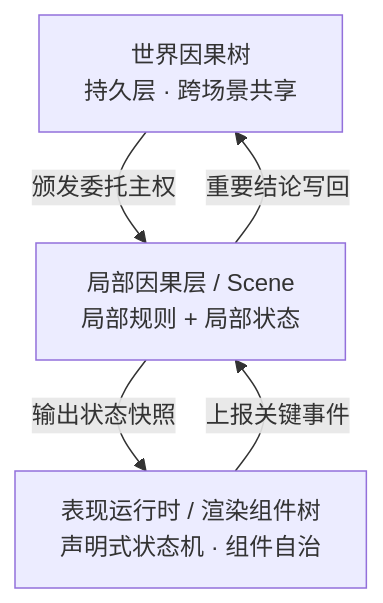
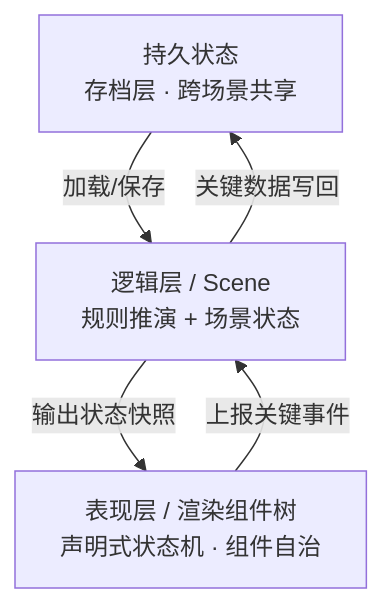
Before and after one commit to shixiangxi0/Cobweb: the diagram in README_CN.md, drawn with Mermaid. The commit also changed other lines of this file and 7 other files, not shown here.

````diff
--- a/README_CN.md
+++ b/README_CN.md
@@ -105,8 +105,8 @@
 ```mermaid
 graph TD
-    A[世界因果树<br/>持久层 · 跨场景共享]
-    A -->|颁发委托主权| B[局部因果层 / Scene<br/>局部规则 + 局部状态]
-    B -->|重要结论写回| A
-    B -->|输出状态快照| C[表现运行时 / 渲染组件树<br/>声明式状态机 · 组件自治]
+    A[持久状态<br/>存档层 · 跨场景共享]
+    A -->|加载/保存| B[逻辑层 / Scene<br/>规则推演 + 场景状态]
+    B -->|关键数据写回| A
+    B -->|输出状态快照| C[表现层 / 渲染组件树<br/>声明式状态机 · 组件自治]
     C -->|上报关键事件| B
 ```
````
